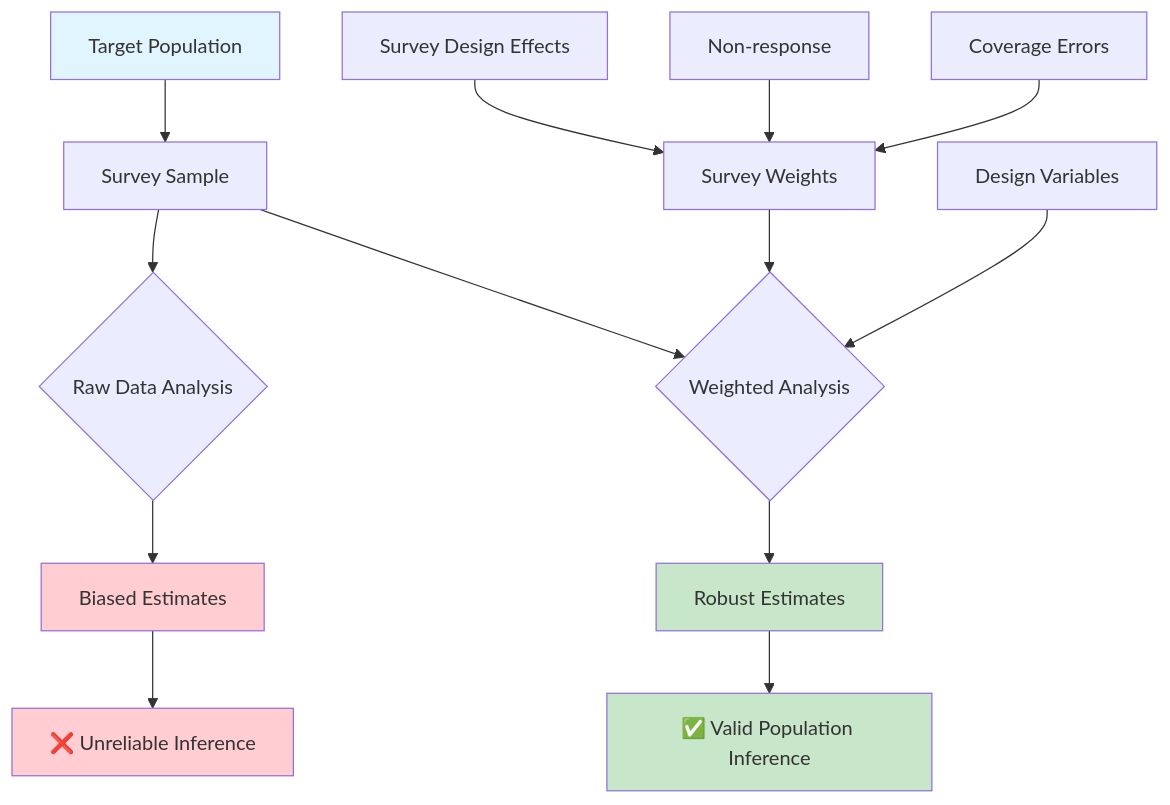
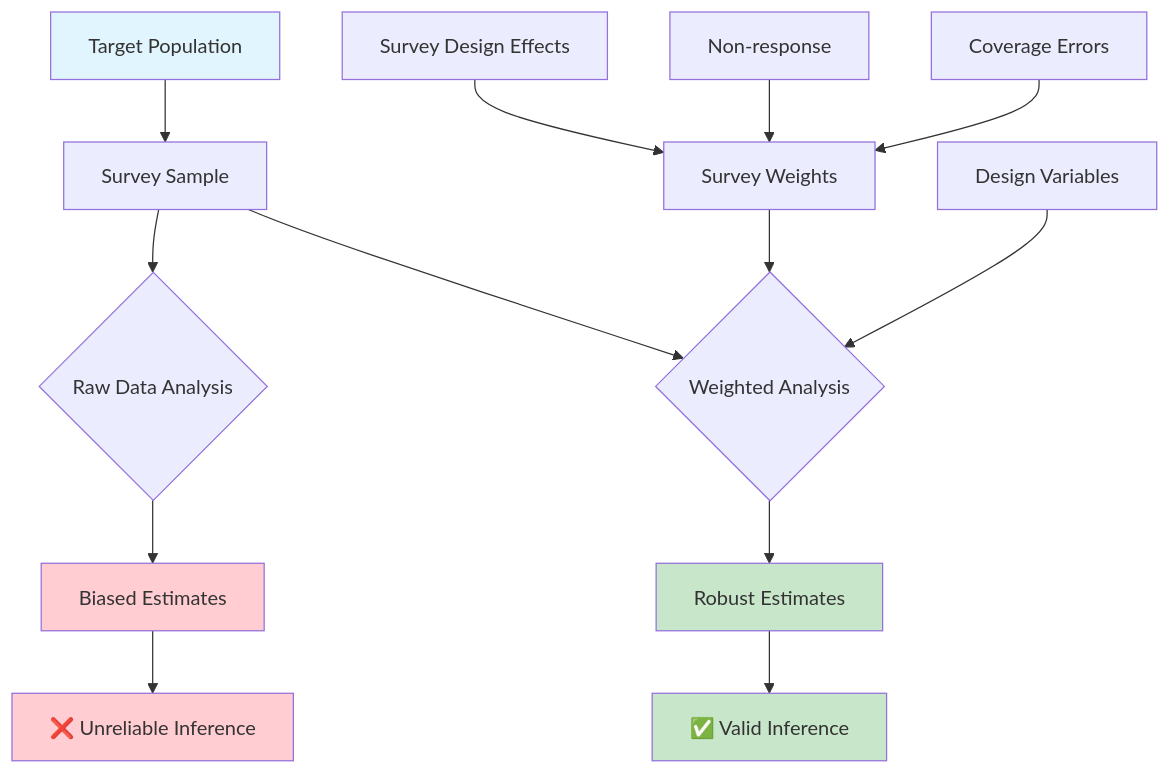
The diagram in index.qmd (UKDataServiceOpen/DSP-core-inference), drawn with Mermaid before and after one commit. The commit also changed 200 other files, not shown here.

````diff
--- a/index.qmd
+++ b/index.qmd
@@ -32,25 +32,27 @@
 ```{mermaid}
+%%| echo: false
+%%| fig-cap: "**Flowchart: robust population inference**"
 flowchart TD
     A[Target Population] --> B[Survey Sample]
     B --> C{Raw Data Analysis}
     B --> D{Weighted Analysis}
     
     C --> E[Biased Estimates]
     D --> F[Robust Estimates]
     
     G[Survey Design Effects] --> H[Survey Weights]
     I[Non-response] --> H
     J[Coverage Errors] --> H
     
     H --> D
     K[Design Variables] --> D
     
     E --> L[❌ Unreliable Inference]
-    F --> M[✅ Valid Population Inference]
+    F --> M[✅ Valid Inference]
     
     style A fill:#e1f5fe
     style F fill:#c8e6c9
     style E fill:#ffcdd2
     style M fill:#c8e6c9
     style L fill:#ffcdd2
 ```
````
